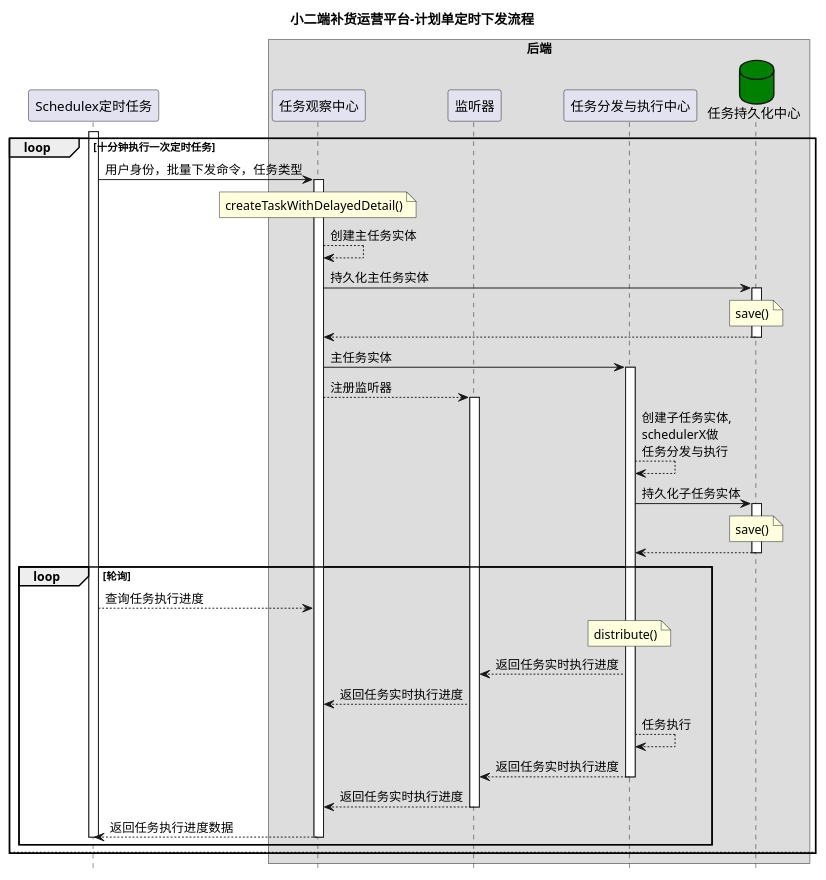
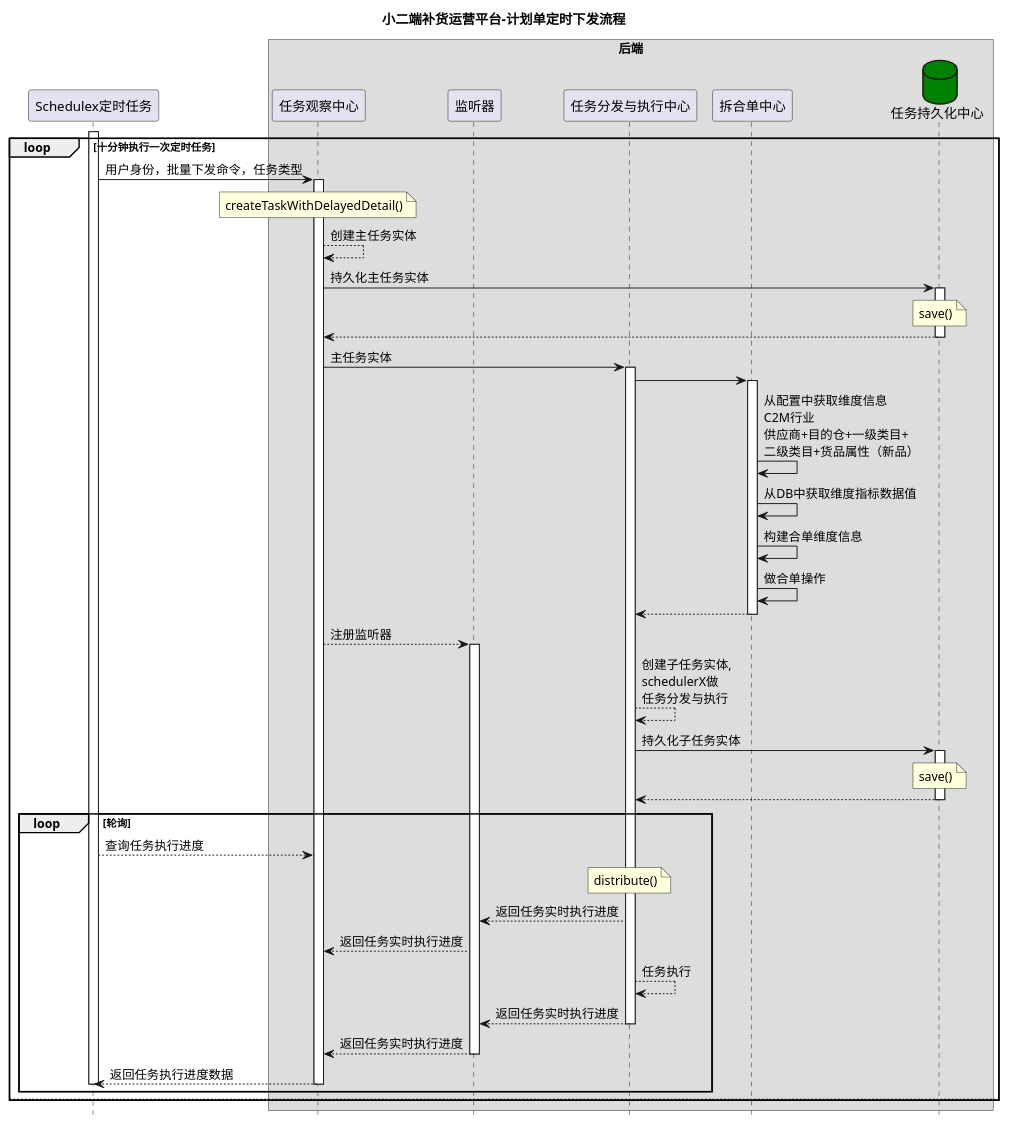
The diagram in resource/时序图/计划单异步操作/计划单定时下发.puml (swf2020/clssuml), drawn with PlantUML before and after one commit. The commit also changed other lines of this file and 7 other files, not shown here.

```diff
--- a/resource/时序图/计划单异步操作/计划单定时下发.puml
+++ b/resource/时序图/计划单异步操作/计划单定时下发.puml
@@ -1,59 +1,72 @@
 @startuml
 hide footbox
 title 小二端补货运营平台-计划单定时下发流程
 'actor 页面手动下发 as X
 
 
 'X -> 任务观察中心: 用户身份，批量下发命令，任务类型
 
 loop 十分钟执行一次定时任务
 database 任务持久化中心 as R #green
 
 activate Schedulex定时任务
 Schedulex定时任务 -> 任务观察中心: 用户身份，批量下发命令，任务类型
 note over 任务观察中心: createTaskWithDelayedDetail()
 activate 任务观察中心
 任务观察中心 --> 任务观察中心: 创建主任务实体
 任务观察中心 -> R: 持久化主任务实体
 note over R: save()
 activate R
 R --> 任务观察中心:
 deactivate R
 任务观察中心 -> 任务分发与执行中心: 主任务实体
 activate 任务分发与执行中心
+任务分发与执行中心 -> 拆合单中心:
+activate 拆合单中心
+拆合单中心 -> 拆合单中心: 从配置中获取维度信息 \nC2M行业 \n供应商+目的仓+一级类目+\n二级类目+货品属性（新品）
+拆合单中心 -> 拆合单中心: 从DB中获取维度指标数据值
+拆合单中心 -> 拆合单中心: 构建合单维度信息
+拆合单中心 -> 拆合单中心: 做合单操作
+拆合单中心 --> 任务分发与执行中心:
+deactivate 拆合单中心
+
+
+
+
 任务观察中心 --> 监听器: 注册监听器
 activate 监听器
 任务分发与执行中心 --> 任务分发与执行中心: 创建子任务实体,\nschedulerX做\n任务分发与执行
 任务分发与执行中心 -> R: 持久化子任务实体
 note over R: save()
 activate R
 R --> 任务分发与执行中心:
 deactivate R
 
 loop 轮询
 Schedulex定时任务 --> 任务观察中心: 查询任务执行进度
 note over 任务分发与执行中心: distribute()
 
 任务分发与执行中心 --> 监听器:返回任务实时执行进度
 监听器 --> 任务观察中心: 返回任务实时执行进度
 任务分发与执行中心 --> 任务分发与执行中心: 任务执行
 任务分发与执行中心 --> 监听器: 返回任务实时执行进度
 deactivate 任务分发与执行中心
 监听器 --> 任务观察中心: 返回任务实时执行进度
 deactivate 监听器
 
 任务观察中心 --> Schedulex定时任务: 返回任务执行进度数据
 deactivate 任务观察中心
 deactivate Schedulex定时任务
 end
 else
 end
 
 box "后端"
     participant 任务观察中心
     participant 监听器
     participant 任务分发与执行中心
+    participant 拆合单中心
     database 任务持久化中心 as R #green
 end box
 
 @enduml
```
